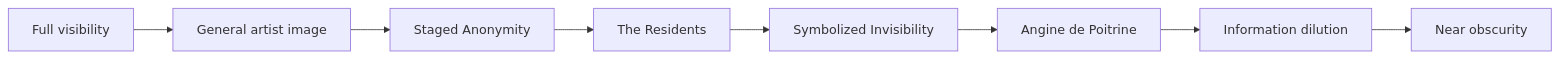
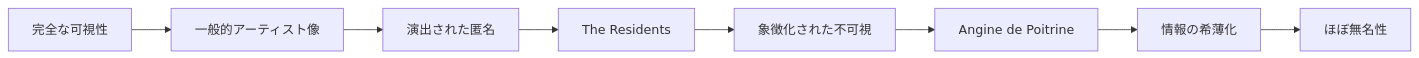
Before and after one commit to monumental-movement/monumental-movement.github.io: the sixth of 17 diagrams in en/_posts/2026-07-06-column-angine-de-poitrine-the-residents.md, drawn with Mermaid. The commit also changed other lines of this file and 2196 other files, not shown here.

```diff
--- a/en/_posts/2026-07-06-column-angine-de-poitrine-the-residents.md
+++ b/en/_posts/2026-07-06-column-angine-de-poitrine-the-residents.md
@@ -701,14 +700,14 @@
 <div class="mermaid">
 flowchart LR
 
-A["Full visibility"]
-B["General artist image"]
-C["Staged Anonymity"]
+A["完全な可視性"]
+B["一般的アーティスト像"]
+C["演出された匿名"]
 D["The Residents"]
-E["Symbolized Invisibility"]
+E["象徴化された不可視"]
 F["Angine de Poitrine"]
-G["Information dilution"]
-H["Near obscurity"]
+G["情報の希薄化"]
+H["ほぼ無名性"]
 
 A --> B --> C --> D --> E --> F --> G --> H
 </div>
```
